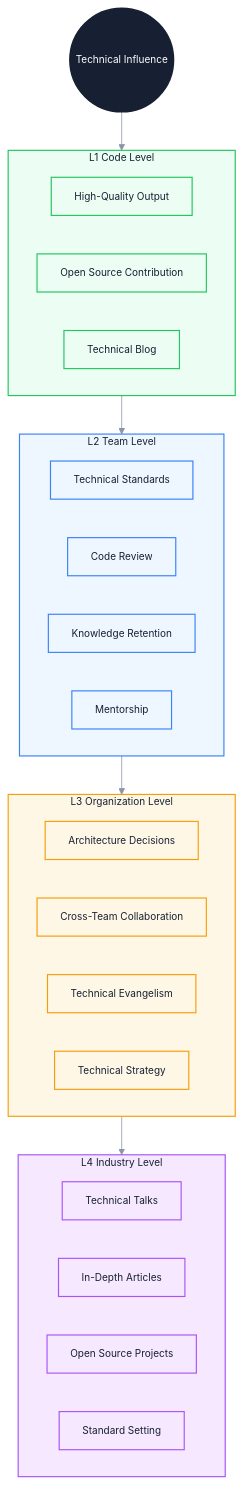
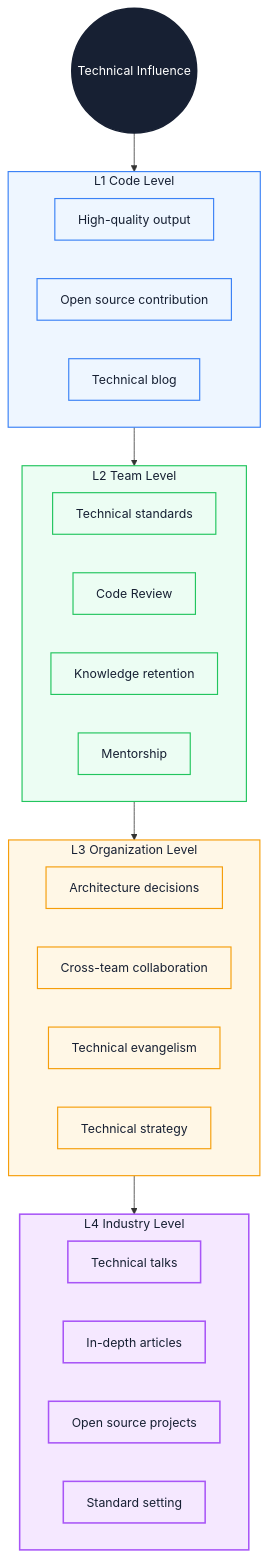
Before and after one commit to Fatejian/frontier-vault: the first of 2 diagrams in docs/en/career/technical-influence.md, drawn with Mermaid. The commit also changed other lines of this file and 41 other files, not shown here.

First line of the commit message:
docs: align knowledge base with article style v3.2.0

````diff
--- a/docs/en/career/technical-influence.md
+++ b/docs/en/career/technical-influence.md
@@ -55,53 +51,52 @@
 ```mermaid
-%%{init: {'theme': 'base', 'themeVariables': { 'fontFamily': 'Inter, PingFang SC, Microsoft YaHei, sans-serif', 'primaryColor': '#EEF6FF', 'primaryTextColor': '#172033', 'primaryBorderColor': '#6EA8FE', 'lineColor': '#8A94A6', 'secondaryColor': '#F7F9FC', 'tertiaryColor': '#FFF7E6', 'fontSize': '13px'}}}%%
 flowchart TB
-    Core((Technical Influence))
+    Core(("Technical Influence"))
 
     subgraph L1["L1 Code Level"]
         direction LR
-        L1A[High-Quality Output]
-        L1B[Open Source Contribution]
-        L1C[Technical Blog]
+        L1A["High-quality output"]
+        L1B["Open source contribution"]
+        L1C["Technical blog"]
     end
 
     subgraph L2["L2 Team Level"]
         direction LR
-        L2A[Technical Standards]
-        L2B[Code Review]
-        L2C[Knowledge Retention]
-        L2D[Mentorship]
+        L2A["Technical standards"]
+        L2B["Code Review"]
+        L2C["Knowledge retention"]
+        L2D["Mentorship"]
     end
 
     subgraph L3["L3 Organization Level"]
         direction LR
-        L3A[Architecture Decisions]
-        L3B[Cross-Team Collaboration]
-        L3C[Technical Evangelism]
-        L3D[Technical Strategy]
+        L3A["Architecture decisions"]
+        L3B["Cross-team collaboration"]
+        L3C["Technical evangelism"]
+        L3D["Technical strategy"]
     end
 
     subgraph L4["L4 Industry Level"]
         direction LR
-        L4A[Technical Talks]
-        L4B[In-Depth Articles]
-        L4C[Open Source Projects]
-        L4D[Standard Setting]
+        L4A["Technical talks"]
+        L4B["In-depth articles"]
+        L4C["Open source projects"]
+        L4D["Standard setting"]
     end
 
     Core --> L1
     L1 --> L2
     L2 --> L3
     L3 --> L4
 
     classDef core fill:#172033,color:#fff,stroke:#172033,stroke-width:2px;
-    classDef l1 fill:#ECFDF3,stroke:#22C55E,color:#172033,stroke-width:1.5px;
-    classDef l2 fill:#EEF6FF,stroke:#3B82F6,color:#172033,stroke-width:1.5px;
-    classDef l3 fill:#FFF7E6,stroke:#F59E0B,color:#172033,stroke-width:1.5px;
-    classDef l4 fill:#F5E8FF,stroke:#A855F7,color:#172033,stroke-width:1.5px;
+    classDef wait fill:#EEF6FF,stroke:#3B82F6,color:#172033,stroke-width:1.5px;
+    classDef work fill:#ECFDF3,stroke:#22C55E,color:#172033,stroke-width:1.5px;
+    classDef block fill:#FFF7E6,stroke:#F59E0B,color:#172033,stroke-width:1.5px;
+    classDef metric fill:#F5E8FF,stroke:#A855F7,color:#172033,stroke-width:2px;
 
     class Core core;
-    class L1,L1A,L1B,L1C l1;
-    class L2,L2A,L2B,L2C,L2D l2;
-    class L3,L3A,L3B,L3C,L3D l3;
-    class L4,L4A,L4B,L4C,L4D l4;
+    class L1,L1A,L1B,L1C wait;
+    class L2,L2A,L2B,L2C,L2D work;
+    class L3,L3A,L3B,L3C,L3D block;
+    class L4,L4A,L4B,L4C,L4D metric;
 ```
````
